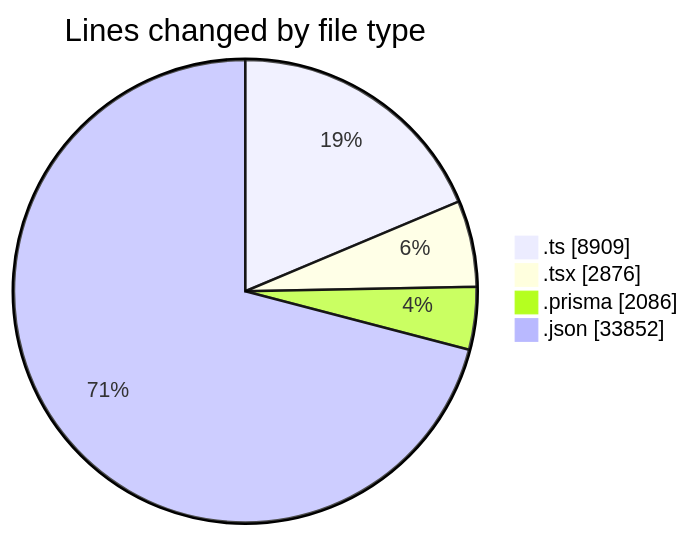
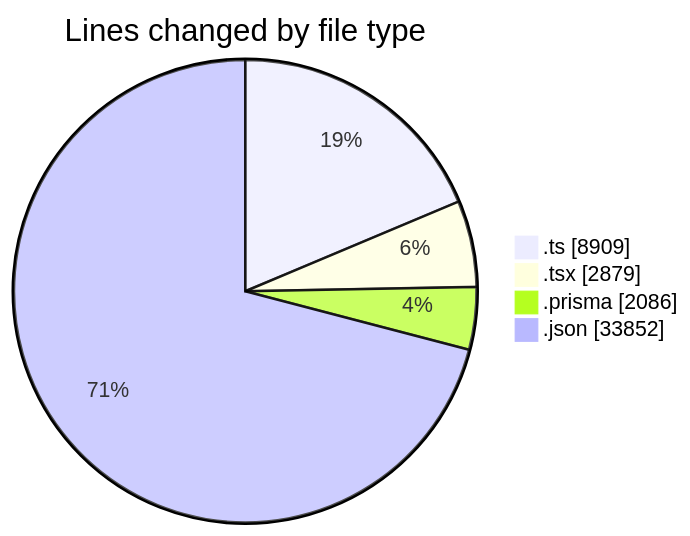
One commit to CELIANVF/code-tracking changed the first of 2 diagrams in 2025-05-19/ecodeli-1/README.md. Above: the diagram before and after it, drawn with Mermaid. The commit also changed other lines of this file and 1 other file, not shown here.

````diff
--- a/2025-05-19/ecodeli-1/README.md
+++ b/2025-05-19/ecodeli-1/README.md
@@ -54,8 +54,8 @@
 ```mermaid
 pie showData
 title Lines changed by file type
 ".ts" : 8909
-".tsx" : 2876
+".tsx" : 2879
 ".prisma" : 2086
 ".json" : 33852
 ```
````
